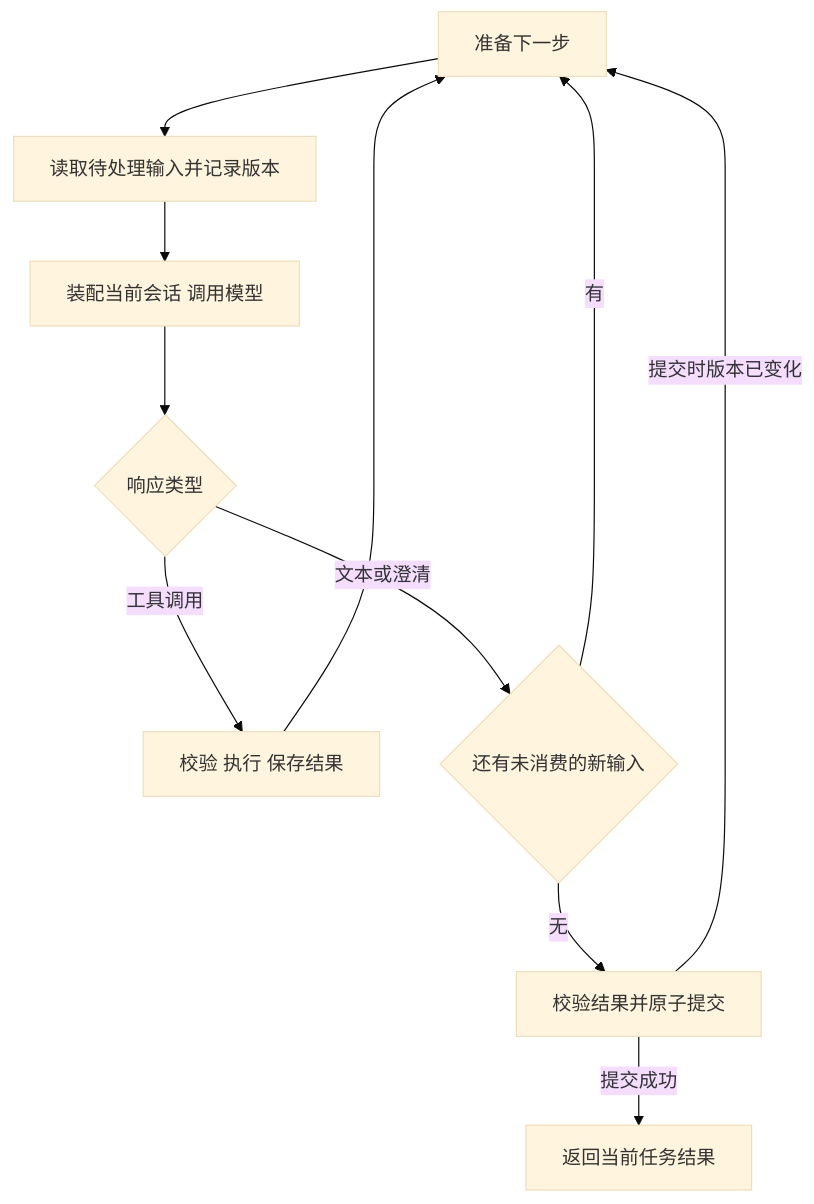
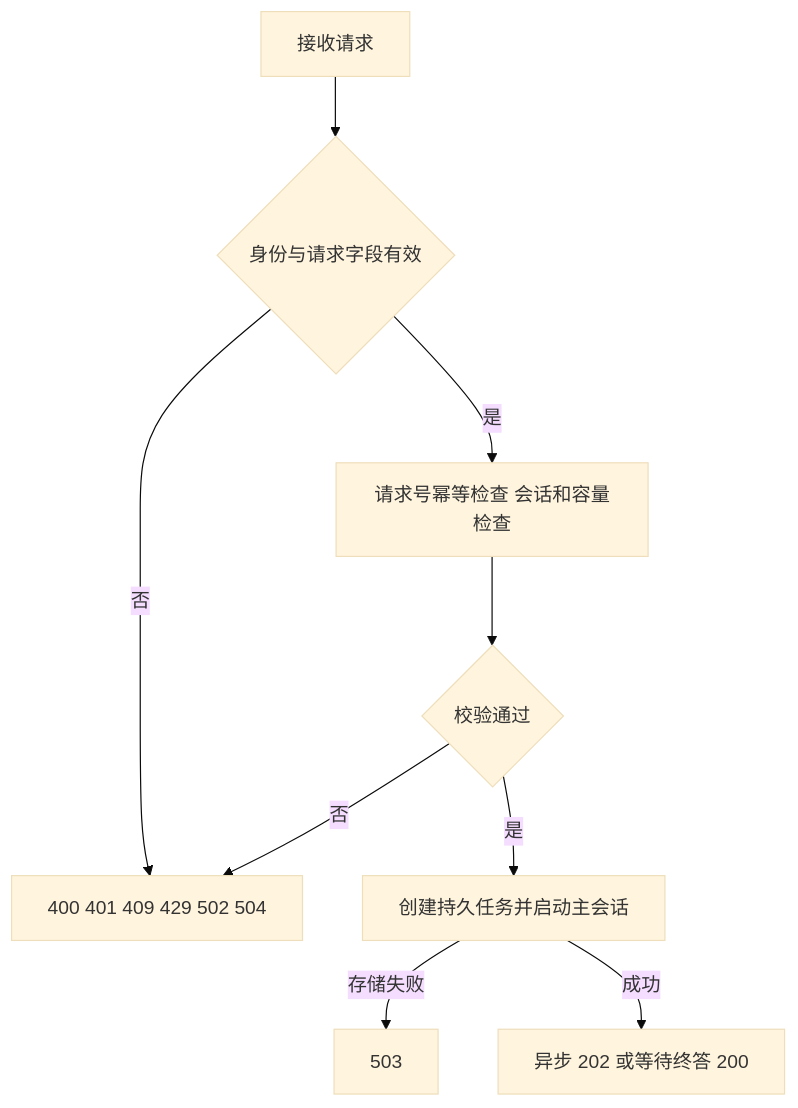
Before and after one commit to hj456992/agentscope-react-demo: the second of 8 diagrams in docs/技术方案.md, drawn with Mermaid (base theme). The commit also changed other lines of this file and 134 other files, not shown here.

````diff
--- a/docs/技术方案.md
+++ b/docs/技术方案.md
@@ -76,13 +53,11 @@
 ```mermaid
 flowchart TD
-    A[准备下一步] --> B[读取待处理输入并记录版本]
-    B --> C[装配当前会话 调用模型]
-    C --> D{响应类型}
-    D -->|工具调用| E[校验 执行 保存结果]
-    E --> A
-    D -->|文本或澄清| F{还有未消费的新输入}
-    F -->|有| A
-    F -->|无| G[校验结果并原子提交]
-    G -->|提交时版本已变化| A
-    G -->|提交成功| H[返回当前任务结果]
+    A[接收请求] --> B{身份与请求字段有效}
+    B -->|否| X[400 401 409 429 502 504]
+    B -->|是| C[请求号幂等检查 会话和容量检查]
+    C --> D{校验通过}
+    D -->|否| X
+    D -->|是| E[创建持久任务并启动主会话]
+    E -->|存储失败| Z[503]
+    E -->|成功| F[异步 202 或等待终答 200]
 ```
````
